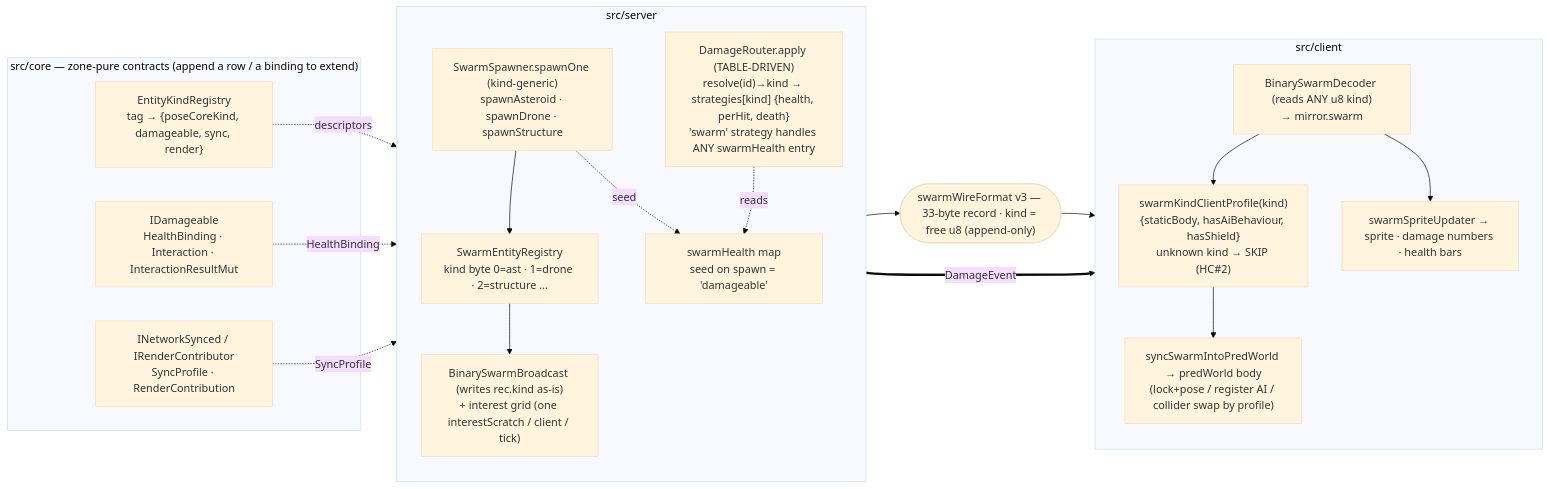
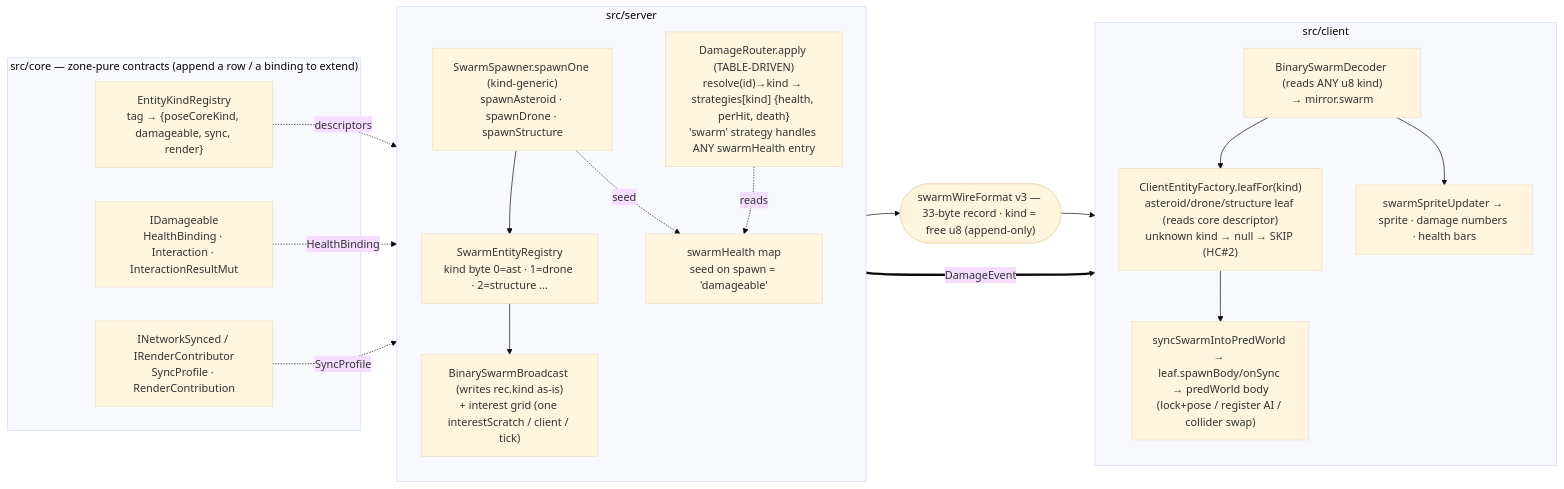
Before and after one commit to JanusBifrons/eqx-net: the diagram in docs/architecture/generic-entity-pipeline.md, drawn with Mermaid (base theme). The commit also changed other lines of this file and 11 other files, not shown here.

First line of the commit message:
refactor(client): client EntityFactory + leaves — OOP peer of server leaves (GEP B4)

````diff
--- a/docs/architecture/generic-entity-pipeline.md
+++ b/docs/architecture/generic-entity-pipeline.md
@@ -147,36 +150,36 @@
 ```mermaid
 flowchart LR
   subgraph core["src/core — zone-pure contracts (append a row / a binding to extend)"]
     REG["EntityKindRegistry<br/>tag → {poseCoreKind, damageable, sync, render}"]
     IDMG["IDamageable<br/>HealthBinding · Interaction · InteractionResultMut"]
     INET["INetworkSynced / IRenderContributor<br/>SyncProfile · RenderContribution"]
   end
 
   subgraph server["src/server"]
     direction TB
     SPN["SwarmSpawner.spawnOne (kind-generic)<br/>spawnAsteroid · spawnDrone · spawnStructure"]
     SREG["SwarmEntityRegistry<br/>kind byte 0=ast · 1=drone · 2=structure …"]
     SH["swarmHealth map<br/>seed on spawn = 'damageable'"]
     DR["DamageRouter.apply (TABLE-DRIVEN)<br/>resolve(id)→kind → strategies[kind] {health, perHit, death}<br/>'swarm' strategy handles ANY swarmHealth entry"]
     ENC["BinarySwarmBroadcast (writes rec.kind as-is)<br/>+ interest grid (one interestScratch / client / tick)"]
   end
 
   WIRE(["swarmWireFormat v3 — 33-byte record · kind = free u8 (append-only)"])
 
   subgraph client["src/client"]
     direction TB
     DEC["BinarySwarmDecoder (reads ANY u8 kind)<br/>→ mirror.swarm"]
-    PROF["swarmKindClientProfile(kind)<br/>{staticBody, hasAiBehaviour, hasShield}<br/>unknown kind → SKIP (HC#2)"]
-    PRED["syncSwarmIntoPredWorld → predWorld body<br/>(lock+pose / register AI / collider swap by profile)"]
+    PROF["ClientEntityFactory.leafFor(kind)<br/>asteroid/drone/structure leaf (reads core descriptor)<br/>unknown kind → null → SKIP (HC#2)"]
+    PRED["syncSwarmIntoPredWorld → leaf.spawnBody/onSync → predWorld body<br/>(lock+pose / register AI / collider swap)"]
     SPR["swarmSpriteUpdater → sprite · damage numbers · health bars"]
   end
 
   SPN --> SREG --> ENC --> WIRE --> DEC --> PROF --> PRED
   DEC --> SPR
   SPN -. seed .-> SH
   DR -. reads .-> SH
   DR == DamageEvent ==> DEC
   REG -. descriptors .-> SREG
   IDMG -. HealthBinding .-> DR
   INET -. SyncProfile .-> ENC
 ```
````
